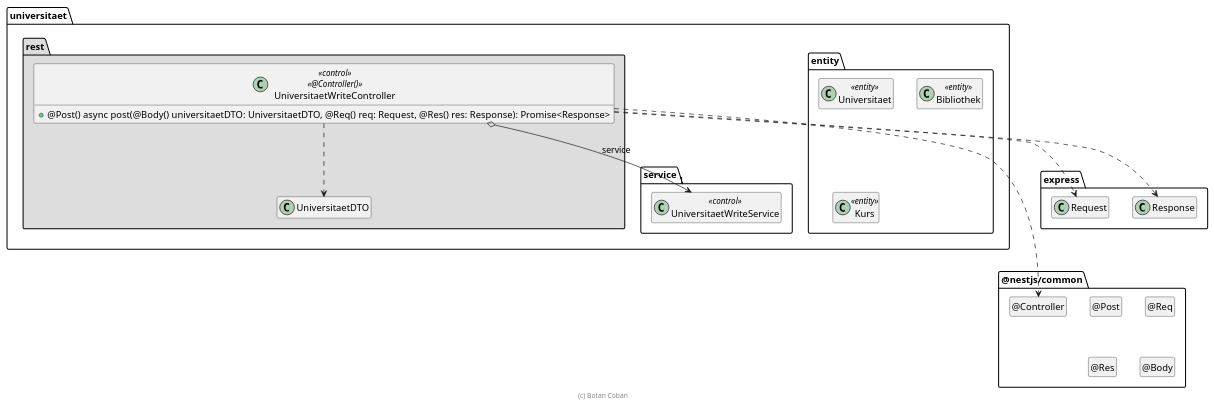
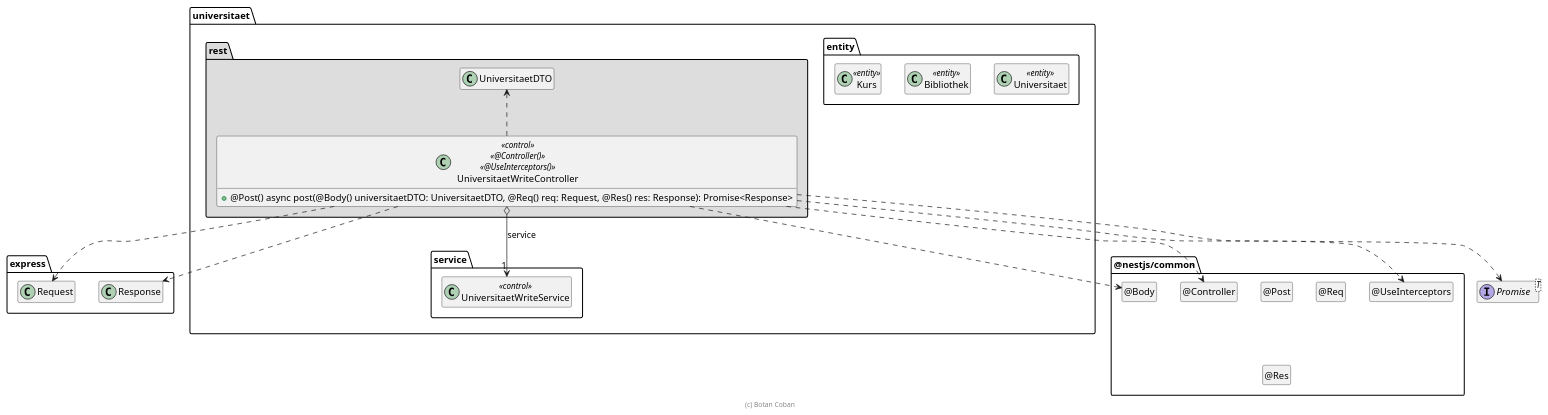
One commit to rirag12345/SWE-Abgabe1-Gruppe1 changed the diagram in .extras/doc/projekthandbuch/UniversitaetWriteController.plantuml. Above: the diagram before and after it, drawn with PlantUML.

Commit message:
UnviersitaetWriteController (v-)

```diff
--- a/.extras/doc/projekthandbuch/UniversitaetWriteController.plantuml
+++ b/.extras/doc/projekthandbuch/UniversitaetWriteController.plantuml
@@ -19,56 +19,67 @@
 @startuml Controller-Klasse
+
+interface Promise<T>
 
 package @nestjs/common {
   class "@Controller" as Controller
   hide Controller circle
 
   class "@Post" as Post
   hide Post circle
 
   class "@Req" as Req
   hide Req circle
 
   class "@Res" as Res
   hide Res circle
 
   class "@Body" as Body
   hide Body circle
+
+  class "@UseInterceptors" as UseInterceptors
+  hide UseInterceptors circle
 }
 
 package express {
   class Request
   class Response
 
-  Response .[hidden].> Controller
+  Response .right[hidden].> Controller
 }
 
 package universitaet {
   package entity #FFFFFF {
     class Universitaet <<entity>>
     class Bibliothek <<entity>>
     class Kurs <<entity>>
+
+    Universitaet .[hidden].> Promise
+    Universitaet .[hidden].> Request
   }
 
   package service {
     class UniversitaetWriteService << control >>
   }
 
   package rest #DDDDDD {
-    class UniversitaetWriteController << control >> << @Controller() >> {
+    class UniversitaetWriteController << control >> << @Controller() >> << @UseInterceptors() >> {
       + @Post() async post(@Body() universitaetDTO: UniversitaetDTO, @Req() req: Request, @Res() res: Response): Promise<Response>
     }
 
     UniversitaetWriteController o--> "1" UniversitaetWriteService : service
 
     UniversitaetWriteController ..> Controller
     UniversitaetWriteController ..> Request
     UniversitaetWriteController ..> Response
-    UniversitaetWriteController ..> UniversitaetDTO
+    UniversitaetWriteController ..> Body
+    UniversitaetWriteController ..> UseInterceptors
+    UniversitaetWriteController ..> Promise
+    UniversitaetWriteController .up.> UniversitaetDTO
   }
 }
 
 hide empty members
 
 footer (c) Botan Coban
 
 @enduml
```
